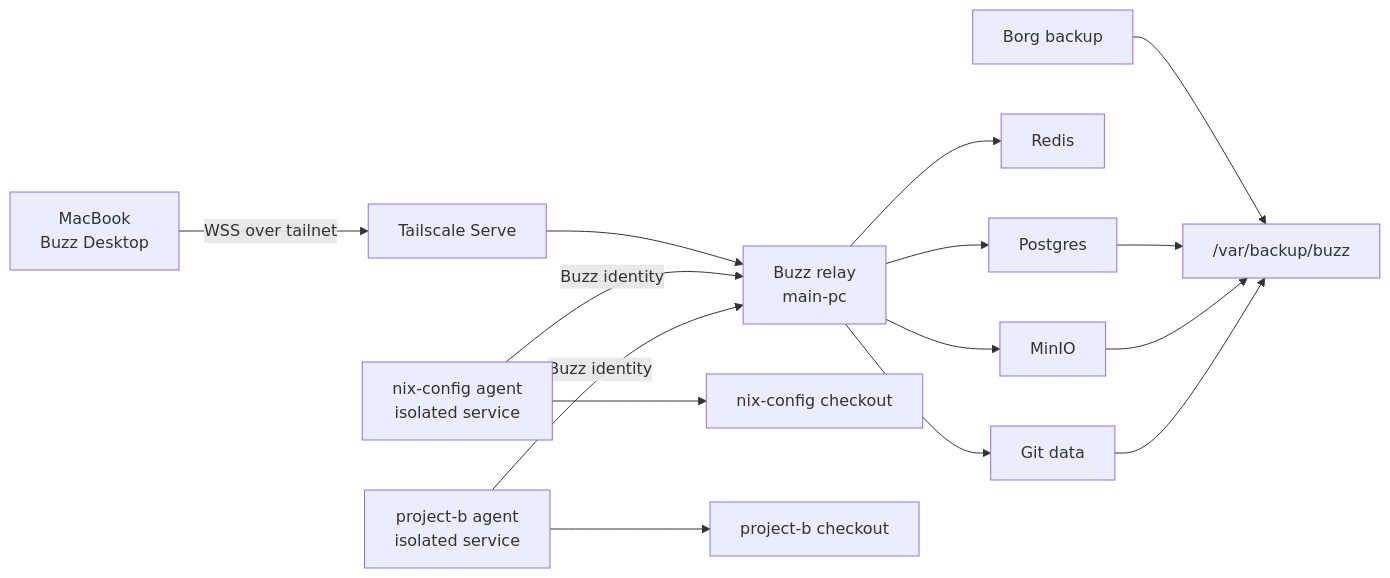
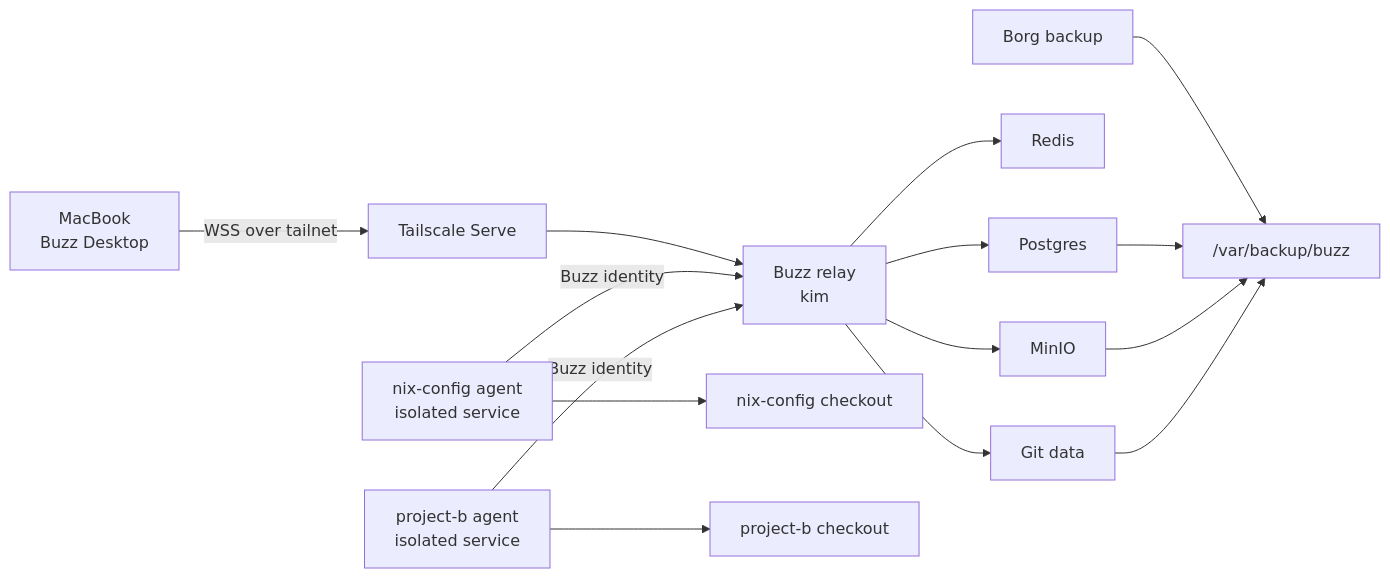
One commit to maximilianpw/nix-config changed the diagram in docs/buzz-nixification-proposal.md. Above: the diagram before and after it, drawn with Mermaid. The commit also changed other lines of this file and 49 other files, not shown here.

````diff
--- a/docs/buzz-nixification-proposal.md
+++ b/docs/buzz-nixification-proposal.md
@@ -133,21 +133,21 @@
 ```mermaid
 flowchart LR
   Mac["MacBook<br/>Buzz Desktop"] -->|WSS over tailnet| TS["Tailscale Serve"]
-  TS --> Relay["Buzz relay<br/>main-pc"]
+  TS --> Relay["Buzz relay<br/>kim"]
 
   Relay --> PG["Postgres"]
   Relay --> Redis["Redis"]
   Relay --> MinIO["MinIO"]
   Relay --> Git["Git data"]
 
   AgentA["nix-config agent<br/>isolated service"] -->|Buzz identity| Relay
   AgentA --> RepoA["nix-config checkout"]
 
   AgentB["project-b agent<br/>isolated service"] -->|Buzz identity| Relay
   AgentB --> RepoB["project-b checkout"]
 
   Backup["Borg backup"] --> Export["/var/backup/buzz"]
   PG --> Export
   MinIO --> Export
   Git --> Export
 ```
````
